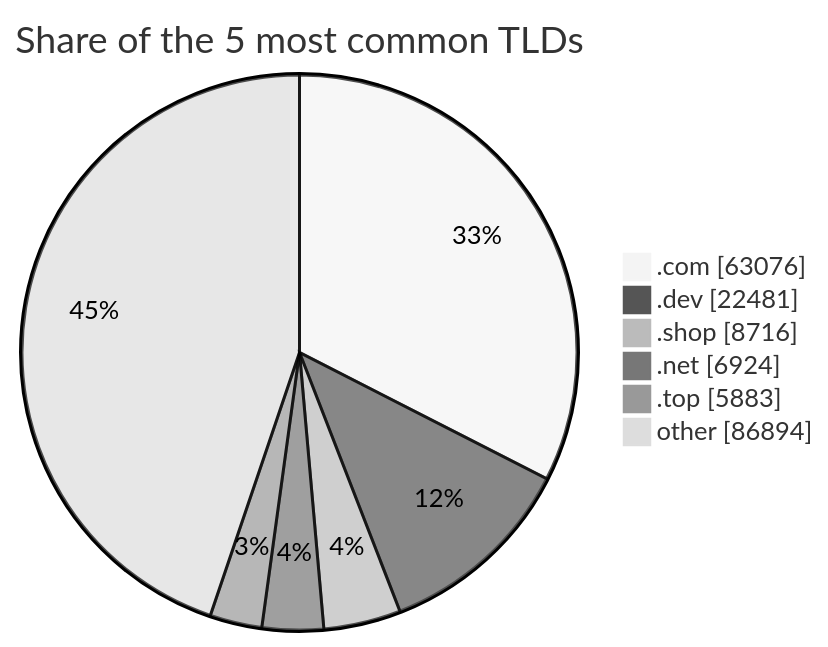
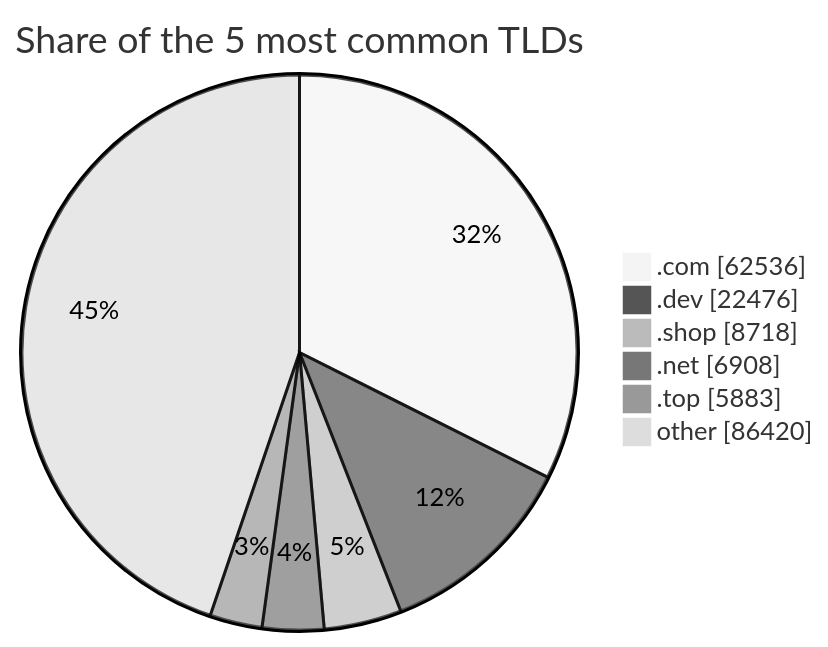
Before and after one commit to DNSBunker/CTI: the third of 3 diagrams in README.md, drawn with Mermaid (neutral theme). The commit also changed other lines of this file and 3 other files, not shown here.

````diff
--- a/README.md
+++ b/README.md
@@ -81,9 +81,9 @@
 ```mermaid
 pie showData title Share of the 5 most common TLDs
-    ".com" : 63076
-    ".dev" : 22481
-    ".shop" : 8716
-    ".net" : 6924
+    ".com" : 62536
+    ".dev" : 22476
+    ".shop" : 8718
+    ".net" : 6908
     ".top" : 5883
-    "other" : 86894
+    "other" : 86420
 ```
````
